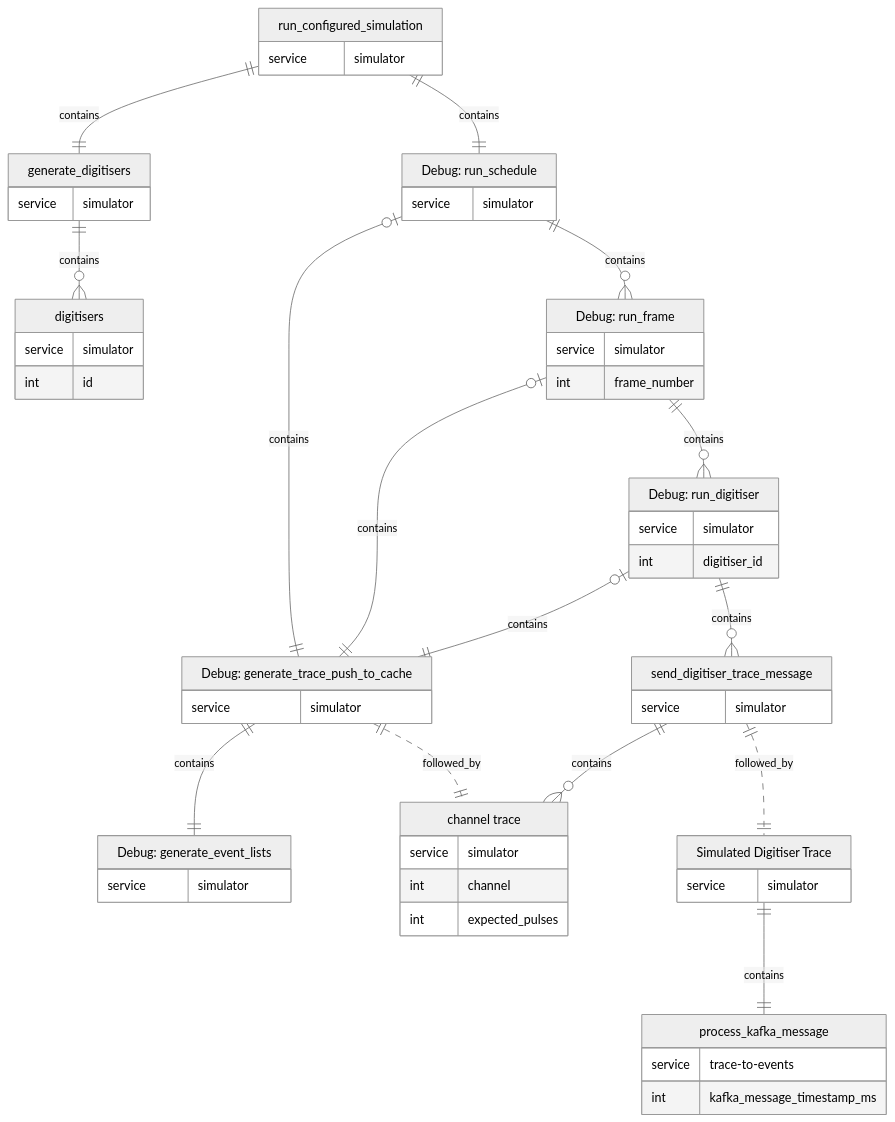
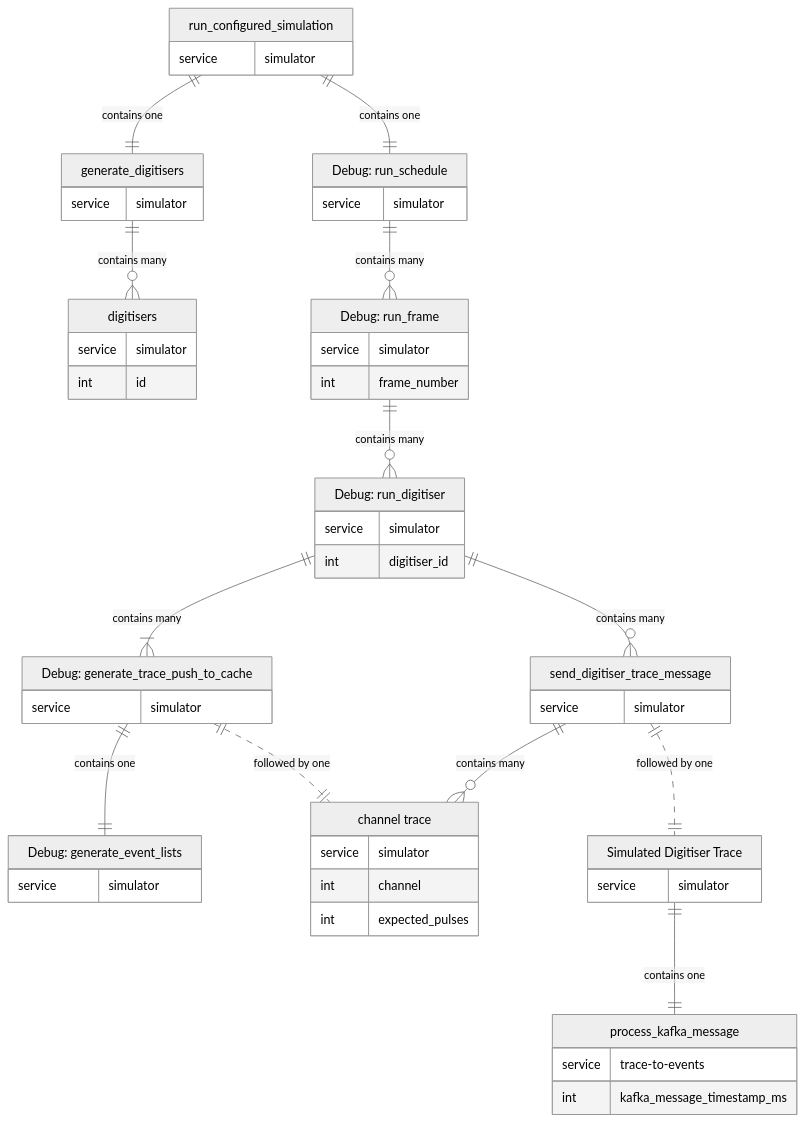
Before and after one commit to STFC-ICD-Research-and-Design/supermusr-data-pipeline: the first of 5 diagrams in docs/tracing.md, drawn with Mermaid (neutral theme). The commit also changed other lines of this file, not shown here.

````diff
--- a/docs/tracing.md
+++ b/docs/tracing.md
@@ -59,64 +61,62 @@
 ```mermaid
 erDiagram
     SIM_RUN_SIMULATION["run_configured_simulation"] {
         service simulator
     }
     SIM_GEN_DIGITISERS["generate_digitisers"] {
         service simulator
     }
-    SIM_RUN_SIMULATION ||--|| SIM_GEN_DIGITISERS : contains
+    SIM_RUN_SIMULATION ||--|| SIM_GEN_DIGITISERS : "contains one"
     SIM_DIGITISER["digitisers"] {
         service simulator
         int id
     }
-    SIM_GEN_DIGITISERS ||--o{ SIM_DIGITISER : contains
+    SIM_GEN_DIGITISERS ||--o{ SIM_DIGITISER : "contains many"
     SIM_RUN_SCHEDULE["Debug: run_schedule"] {
         service simulator
     }
-    SIM_RUN_SIMULATION ||--|| SIM_RUN_SCHEDULE : contains
+    SIM_RUN_SIMULATION ||--|| SIM_RUN_SCHEDULE : "contains one"
     SIM_RUN_FRAME["Debug: run_frame"] {
         service simulator
         int frame_number
     }
-    SIM_RUN_SCHEDULE ||--o{ SIM_RUN_FRAME : contains
+    SIM_RUN_SCHEDULE ||--o{ SIM_RUN_FRAME : "contains many"
     SIM_RUN_DIGITISER["Debug: run_digitiser"] {
         service simulator
         int digitiser_id
     }
-    SIM_RUN_FRAME ||--o{ SIM_RUN_DIGITISER : contains
+    SIM_RUN_FRAME ||--o{ SIM_RUN_DIGITISER : "contains many"
 
     SIM_GEN_EVENT_LIST["Debug: generate_event_lists"] {
         service simulator
     }
 
     SIM_GEN_DIG_TRACE_PUSH["Debug: generate_trace_push_to_cache"] {
         service simulator
     }
-    SIM_RUN_SCHEDULE |o--|| SIM_GEN_DIG_TRACE_PUSH : contains
-    SIM_RUN_FRAME |o--|| SIM_GEN_DIG_TRACE_PUSH : contains
-    SIM_RUN_DIGITISER |o--|| SIM_GEN_DIG_TRACE_PUSH : contains
-    SIM_GEN_DIG_TRACE_PUSH ||--|| SIM_GEN_EVENT_LIST : contains
+    SIM_RUN_DIGITISER ||--|{ SIM_GEN_DIG_TRACE_PUSH : "contains many"
+    SIM_GEN_DIG_TRACE_PUSH ||--|| SIM_GEN_EVENT_LIST : "contains one"
 
     SIM_CHANNEL_TRACE["channel trace"] {
         service simulator
         int channel
         int expected_pulses
     }
-    SIM_GEN_DIG_TRACE_PUSH ||..|| SIM_CHANNEL_TRACE : followed_by
+    SIM_GEN_DIG_TRACE_PUSH ||..|| SIM_CHANNEL_TRACE : "followed by one"
 
     SIM_SEND_DIG_TRACE["send_digitiser_trace_message"] {
         service simulator
     }
-    SIM_RUN_DIGITISER ||--o{ SIM_SEND_DIG_TRACE : contains
-    SIM_SEND_DIG_TRACE ||--o{ SIM_CHANNEL_TRACE : contains
+    SIM_RUN_DIGITISER ||--o{ SIM_SEND_DIG_TRACE : "contains many"
+    SIM_SEND_DIG_TRACE ||--o{ SIM_CHANNEL_TRACE : "contains many"
     SIM_DIG_TRACE["Simulated Digitiser Trace"] {
         service simulator
     }
-    SIM_SEND_DIG_TRACE ||..|| SIM_DIG_TRACE : followed_by
+    SIM_SEND_DIG_TRACE ||..|| SIM_DIG_TRACE : "followed by one"
 
     EF_KAF_MSG["process_kafka_message"] {
         service trace-to-events
         int kafka_message_timestamp_ms
     }
-    SIM_DIG_TRACE ||--|| EF_KAF_MSG : contains
+    SIM_DIG_TRACE ||--|| EF_KAF_MSG : "contains one"
 ```
````
